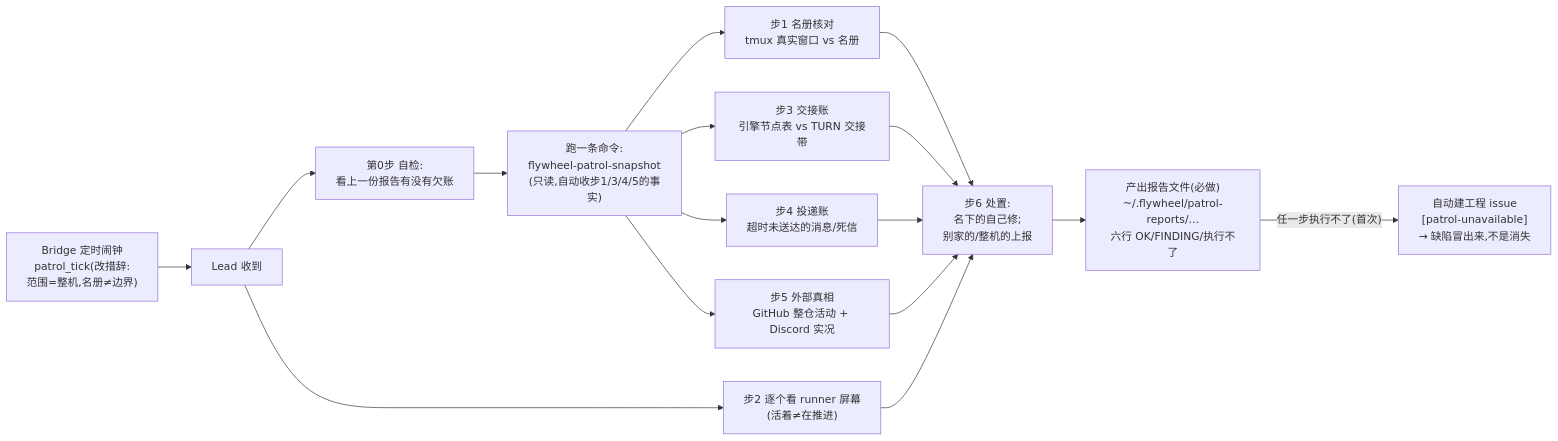
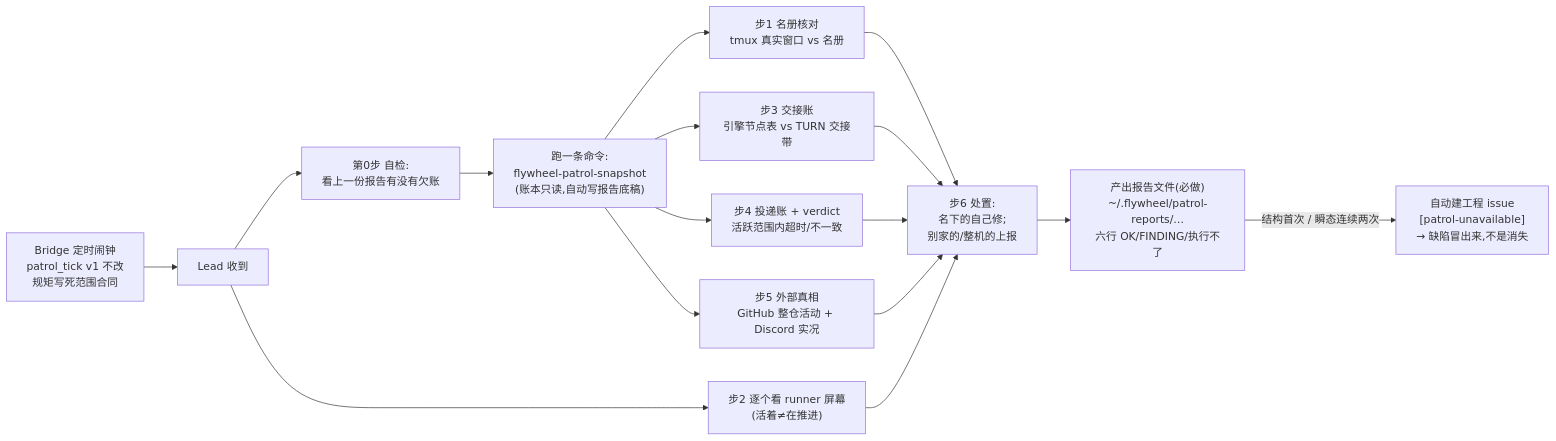
One commit to xrliAnnie/flywheel-qa-sandbox changed the diagram in engineering/doc/FLY-1855-patrol-rules-executable/diagrams/d2-six-steps.mmd. Above: the diagram before and after it, drawn with Mermaid. The commit also changed 3 other files, not shown here.

```diff
--- a/engineering/doc/FLY-1855-patrol-rules-executable/diagrams/d2-six-steps.mmd
+++ b/engineering/doc/FLY-1855-patrol-rules-executable/diagrams/d2-six-steps.mmd
@@ -1,16 +1,16 @@
 flowchart LR
-    TICK["Bridge 定时闹钟<br/>patrol_tick(改措辞:<br/>范围=整机,名册≠边界)"] --> LEAD["Lead 收到"]
+    TICK["Bridge 定时闹钟<br/>patrol_tick v1 不改<br/>规矩写死范围合同"] --> LEAD["Lead 收到"]
     LEAD --> S0["第0步 自检:<br/>看上一份报告有没有欠账"]
-    S0 --> SNAP["跑一条命令:<br/>flywheel-patrol-snapshot<br/>(只读,自动收步1/3/4/5的事实)"]
+    S0 --> SNAP["跑一条命令:<br/>flywheel-patrol-snapshot<br/>(账本只读,自动写报告底稿)"]
     SNAP --> F1["步1 名册核对<br/>tmux 真实窗口 vs 名册"]
     SNAP --> F3["步3 交接账<br/>引擎节点表 vs TURN 交接带"]
-    SNAP --> F4["步4 投递账<br/>超时未送达的消息/死信"]
+    SNAP --> F4["步4 投递账 + verdict<br/>活跃范围内超时/不一致"]
     SNAP --> F5["步5 外部真相<br/>GitHub 整仓活动 + Discord 实况"]
     LEAD --> F2["步2 逐个看 runner 屏幕<br/>(活着≠在推进)"]
     F1 --> S6["步6 处置:<br/>名下的自己修;<br/>别家的/整机的上报"]
     F2 --> S6
     F3 --> S6
     F4 --> S6
     F5 --> S6
     S6 --> RPT["产出报告文件(必做)<br/>~/.flywheel/patrol-reports/…<br/>六行 OK/FINDING/执行不了"]
-    RPT -->|"任一步执行不了(首次)"| Q["自动建工程 issue<br/>[patrol-unavailable]<br/>→ 缺陷冒出来,不是消失"]
+    RPT -->|"结构首次 / 瞬态连续两次"| Q["自动建工程 issue<br/>[patrol-unavailable]<br/>→ 缺陷冒出来,不是消失"]
```
